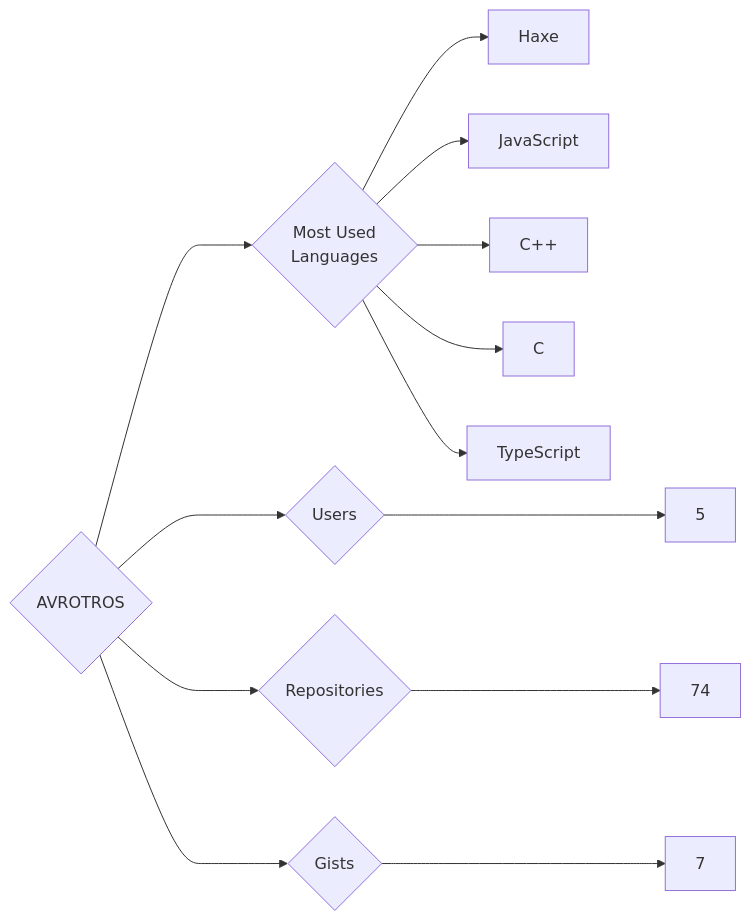
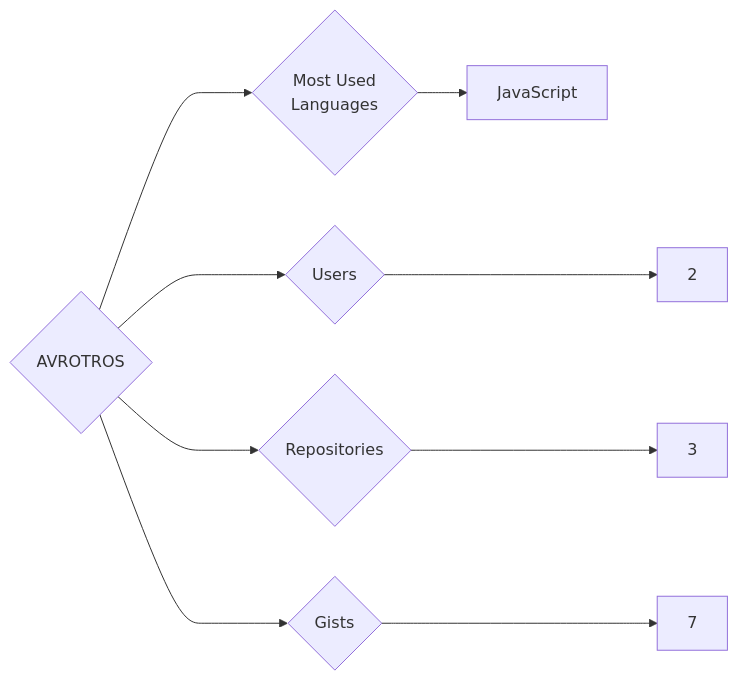
The diagram in targets/AVROTROS/README.md (trickest/insiders), drawn with Mermaid before and after one commit. The commit also changed 676 other files, not shown here.

````diff
--- a/targets/AVROTROS/README.md
+++ b/targets/AVROTROS/README.md
@@ -3,13 +3,9 @@
 ```mermaid
 graph LR
 COMPANY_NAME{AVROTROS}
-COMPANY_NAME ---> U{Users} ---> UN[5]
-COMPANY_NAME ---> R{Repositories} ---> RN[74]
+COMPANY_NAME ---> U{Users} ---> UN[2]
+COMPANY_NAME ---> R{Repositories} ---> RN[3]
 COMPANY_NAME ---> G{Gists} ---> GN[7]
 COMPANY_NAME ---> ML{Most Used<br>Languages}
-ML --> Haxe[Haxe]
 ML --> JavaScript[JavaScript]
-ML --> C++[C++]
-ML --> C[C]
-ML --> TypeScript[TypeScript]
 ```
````
